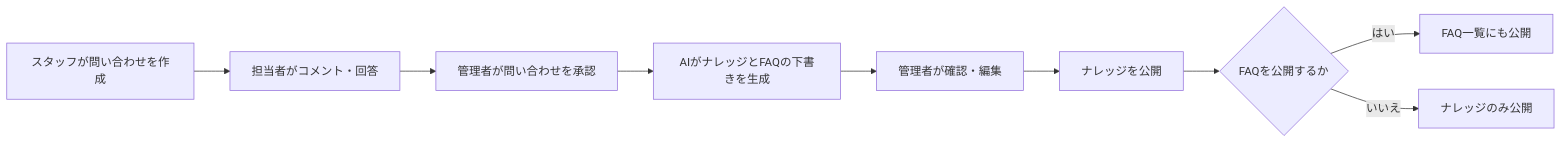
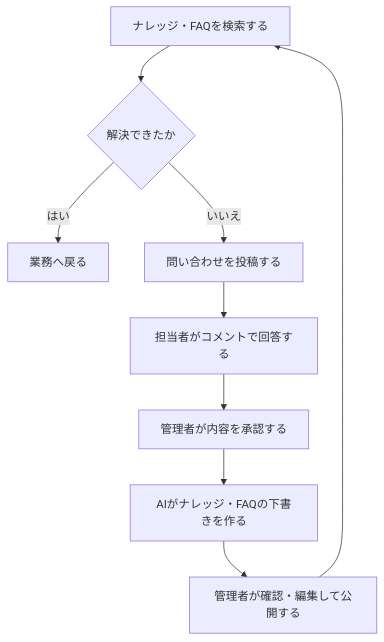
The diagram in README.md (urm0922/LibNote), drawn with Mermaid before and after one commit. The commit also changed other lines of this file and 8 other files, not shown here.

````diff
--- a/README.md
+++ b/README.md
@@ -29,11 +42,11 @@
 ```mermaid
-flowchart LR
-    A[スタッフが問い合わせを作成] --> B[担当者がコメント・回答]
-    B --> C[管理者が問い合わせを承認]
-    C --> D[AIがナレッジとFAQの下書きを生成]
-    D --> E[管理者が確認・編集]
-    E --> F[ナレッジを公開]
-    F --> G{FAQを公開するか}
-    G -- はい --> H[FAQ一覧にも公開]
-    G -- いいえ --> I[ナレッジのみ公開]
+flowchart TD
+    A[ナレッジ・FAQを検索する] --> B{解決できたか}
+    B -- はい --> C[業務へ戻る]
+    B -- いいえ --> D[問い合わせを投稿する]
+    D --> E[担当者がコメントで回答する]
+    E --> F[管理者が内容を承認する]
+    F --> G[AIがナレッジ・FAQの下書きを作る]
+    G --> H[管理者が確認・編集して公開する]
+    H --> A
 ```
````
